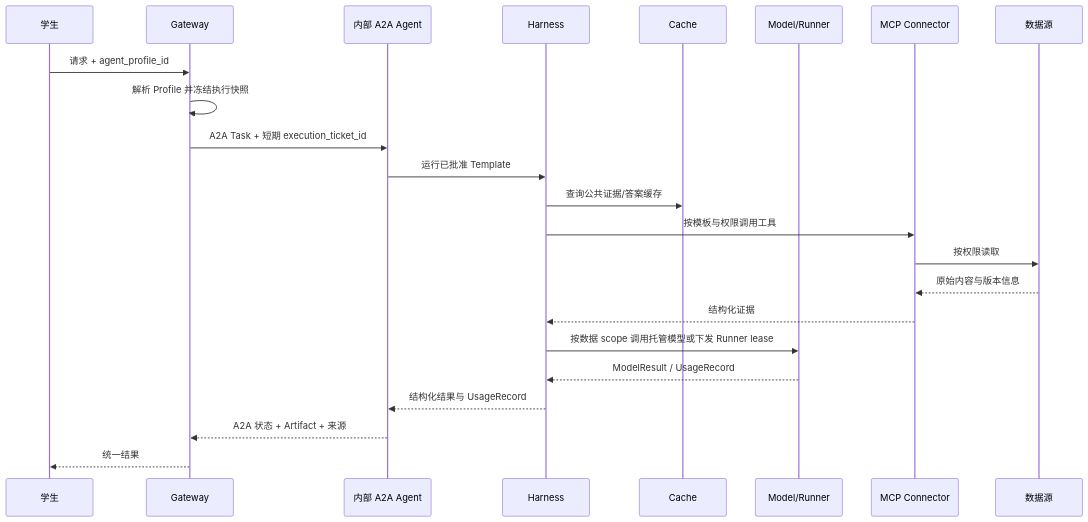
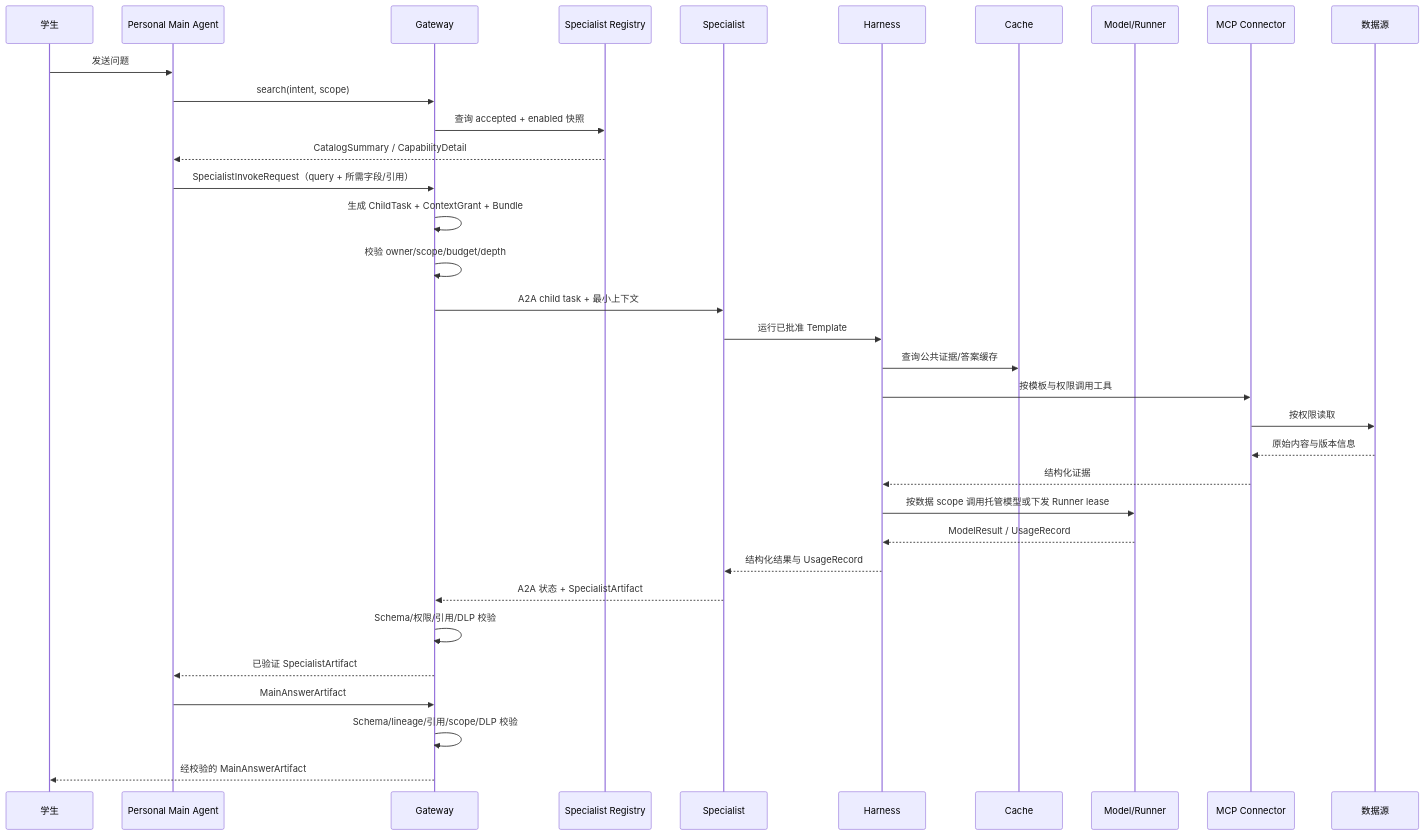
Before and after one commit to xytsakura/ai-for-better-life-in-ustc: the second of 2 diagrams in docs/architecture/overview.md, drawn with Mermaid. The commit also changed other lines of this file and 23 other files, not shown here.

Commit message:
docs: adopt personal main agent single-hop orchestration

````diff
--- a/docs/architecture/overview.md
+++ b/docs/architecture/overview.md
@@ -128,26 +143,37 @@
 ```mermaid
 sequenceDiagram
     participant U as 学生
+    participant MA as Personal Main Agent
     participant G as Gateway
-    participant A as 内部 A2A Agent
+    participant R as Specialist Registry
+    participant A as Specialist
     participant H as Harness
     participant C as Cache
     participant X as Model/Runner
     participant M as MCP Connector
     participant D as 数据源
 
-    U->>G: 请求 + agent_profile_id
-    G->>G: 解析 Profile 并冻结执行快照
-    G->>A: A2A Task + 短期 execution_ticket_id
+    U->>MA: 发送问题
+    MA->>G: search(intent, scope)
+    G->>R: 查询 accepted + enabled 快照
+    R-->>MA: CatalogSummary / CapabilityDetail
+    MA->>G: SpecialistInvokeRequest（query + 所需字段/引用）
+    G->>G: 生成 ChildTask + ContextGrant + Bundle
+    G->>G: 校验 owner/scope/budget/depth
+    G->>A: A2A child task + 最小上下文
     A->>H: 运行已批准 Template
     H->>C: 查询公共证据/答案缓存
     H->>M: 按模板与权限调用工具
     M->>D: 按权限读取
     D-->>M: 原始内容与版本信息
     M-->>H: 结构化证据
     H->>X: 按数据 scope 调用托管模型或下发 Runner lease
     X-->>H: ModelResult / UsageRecord
     H-->>A: 结构化结果与 UsageRecord
-    A-->>G: A2A 状态 + Artifact + 来源
-    G-->>U: 统一结果
+    A-->>G: A2A 状态 + SpecialistArtifact
+    G->>G: Schema/权限/引用/DLP 校验
+    G-->>MA: 已验证 SpecialistArtifact
+    MA->>G: MainAnswerArtifact
+    G->>G: Schema/lineage/引用/scope/DLP 校验
+    G-->>U: 经校验的 MainAnswerArtifact
 ```
````
